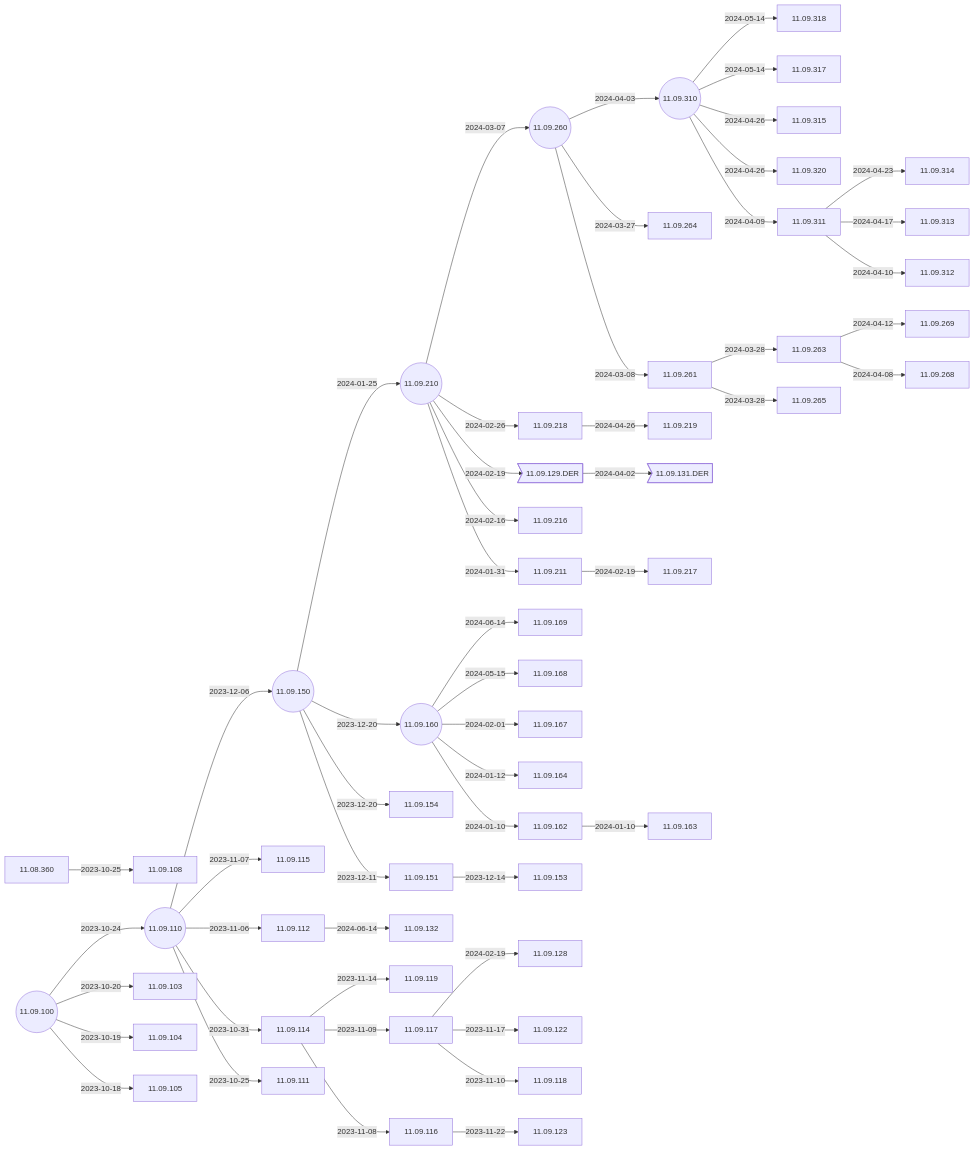
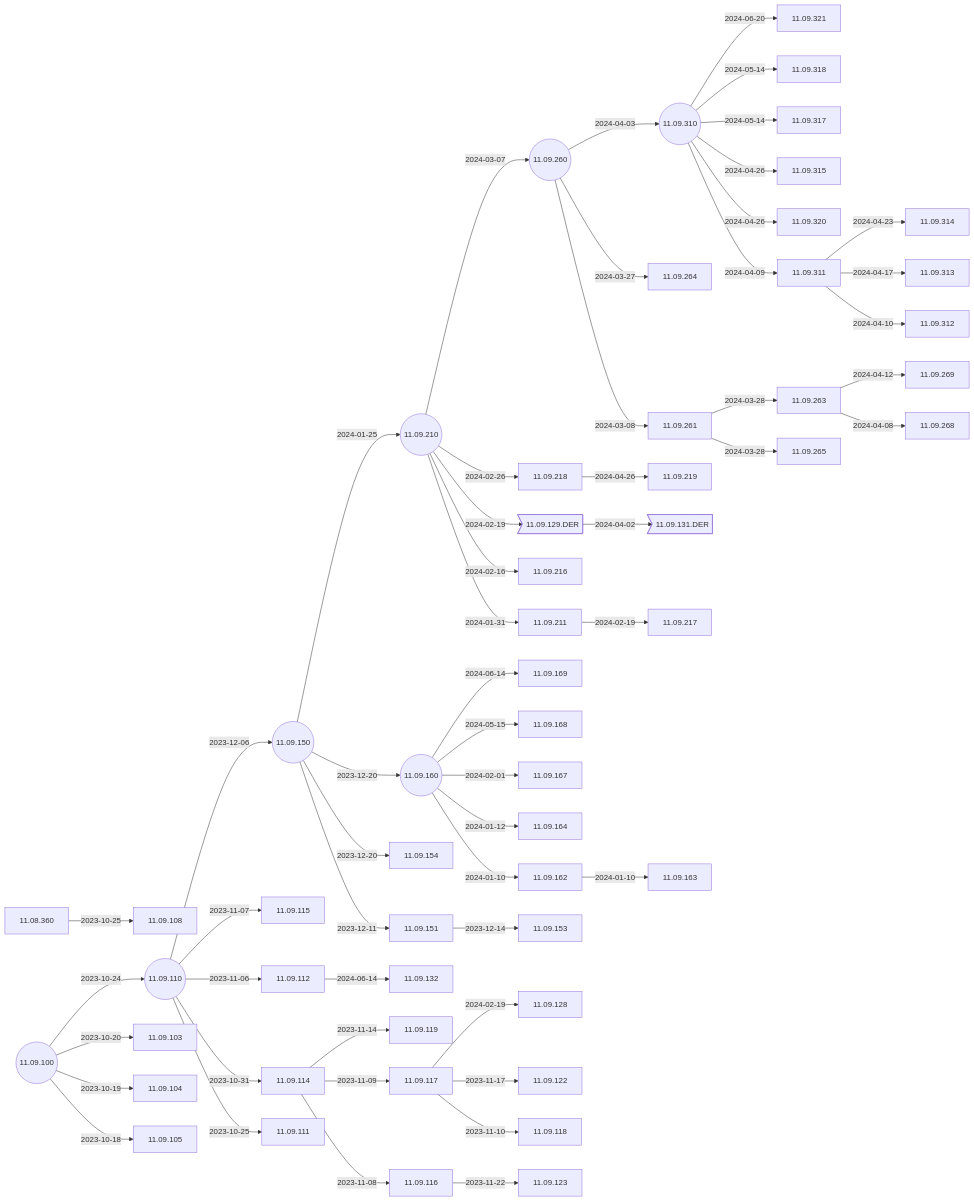
Before and after one commit to IGEL-Community/IGEL-Docs-v02: the third of 6 diagrams in docs/Docs/ReleaseNotes/01-OS11/README.md, drawn with Mermaid. The commit also changed other lines of this file and 3 other files, not shown here.

````diff
--- a/docs/Docs/ReleaseNotes/01-OS11/README.md
+++ b/docs/Docs/ReleaseNotes/01-OS11/README.md
@@ -65,5 +67,6 @@
 ```mermaid
 flowchart LR
+    11.09.310-- 2024-06-20 -->11.09.321
     11.09.160-- 2024-06-14 -->11.09.169
     11.09.112-- 2024-06-14 -->11.09.132
     11.09.160-- 2024-05-15 -->11.09.168
@@ -117,6 +120,7 @@
     11.09.100-- 2023-10-19 -->11.09.104
     11.09.100-- 2023-10-18 -->11.09.105
     11.09.100((11.09.100))
+    click 11.09.321 "https://github.com/IGEL-Community/IGEL-Docs-v02/tree/main/docs/Docs/ReleaseNotes/01-OS11/readme11.09.321.txt" _blank
     click 11.09.169 "https://github.com/IGEL-Community/IGEL-Docs-v02/tree/main/docs/Docs/ReleaseNotes/01-OS11/readme11.09.169.txt" _blank
     click 11.09.132 "https://github.com/IGEL-Community/IGEL-Docs-v02/tree/main/docs/Docs/ReleaseNotes/01-OS11/readme11.09.132.txt" _blank
     click 11.09.168 "https://github.com/IGEL-Community/IGEL-Docs-v02/tree/main/docs/Docs/ReleaseNotes/01-OS11/readme11.09.168.txt" _blank
````
